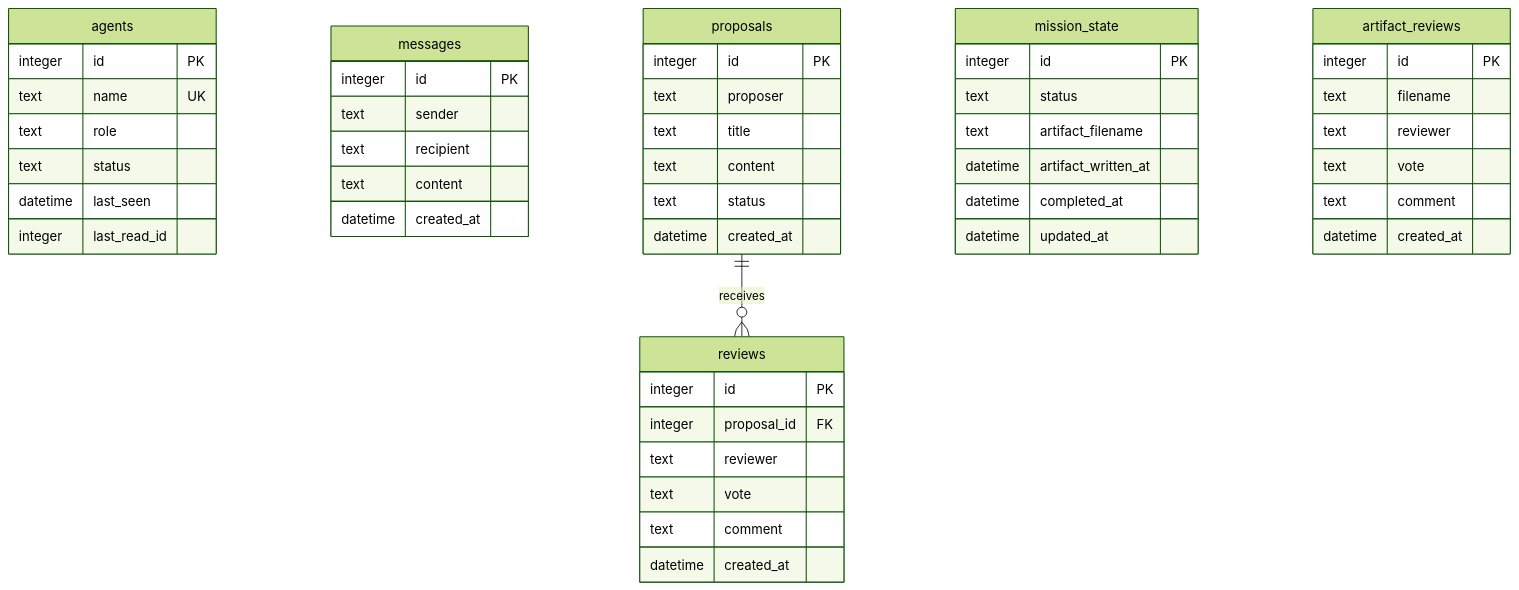
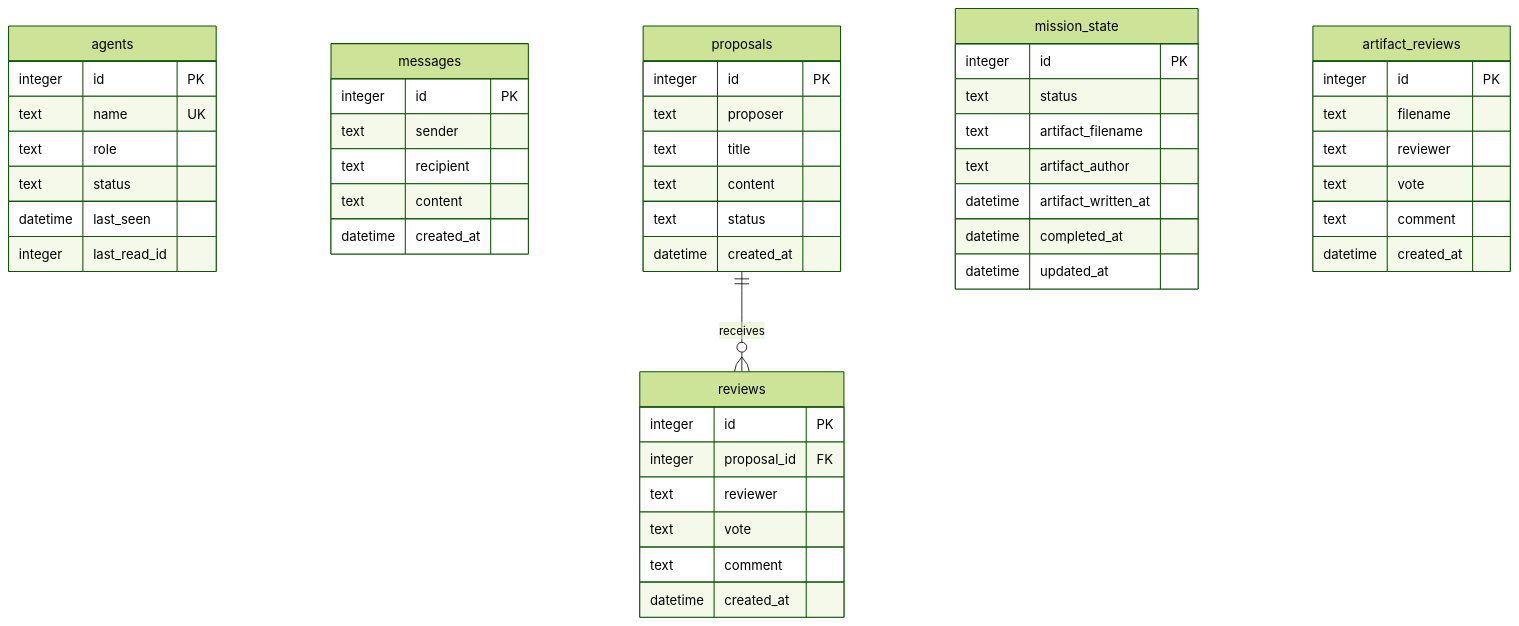
The fifth of 5 diagrams in paper/figures.md (geeknees/decentralized-multi-agent), drawn with Mermaid (forest theme) before and after one commit. The commit also changed 19 other files, not shown here.

````diff
--- a/paper/figures.md
+++ b/paper/figures.md
@@ -88,57 +88,58 @@
 ```mermaid
 erDiagram
     agents {
         integer id PK
         text name UK
         text role
         text status
         datetime last_seen
         integer last_read_id
     }
 
     messages {
         integer id PK
         text sender
         text recipient
         text content
         datetime created_at
     }
 
     proposals {
         integer id PK
         text proposer
         text title
         text content
         text status
         datetime created_at
     }
 
     reviews {
         integer id PK
         integer proposal_id FK
         text reviewer
         text vote
         text comment
         datetime created_at
     }
 
     mission_state {
         integer id PK
         text status
         text artifact_filename
+        text artifact_author
         datetime artifact_written_at
         datetime completed_at
         datetime updated_at
     }
 
     artifact_reviews {
         integer id PK
         text filename
         text reviewer
         text vote
         text comment
         datetime created_at
     }
 
     proposals ||--o{ reviews : receives
 ```
````
